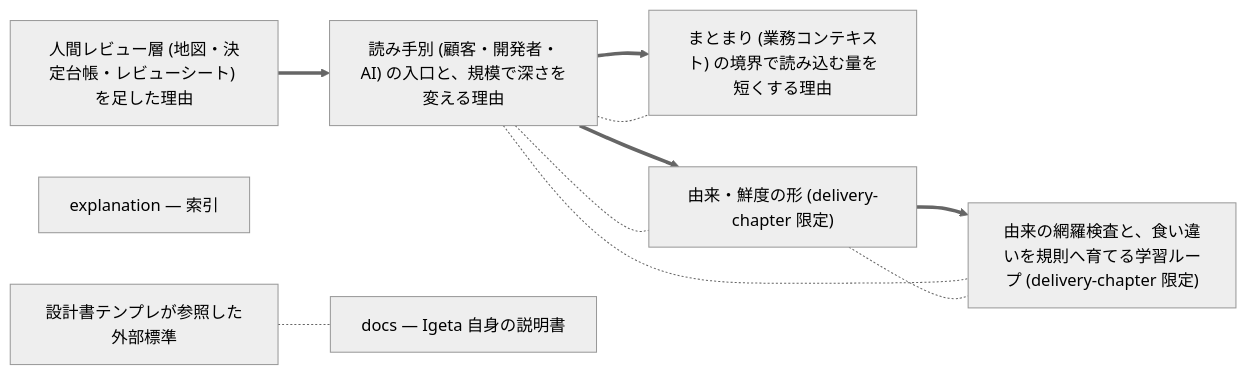
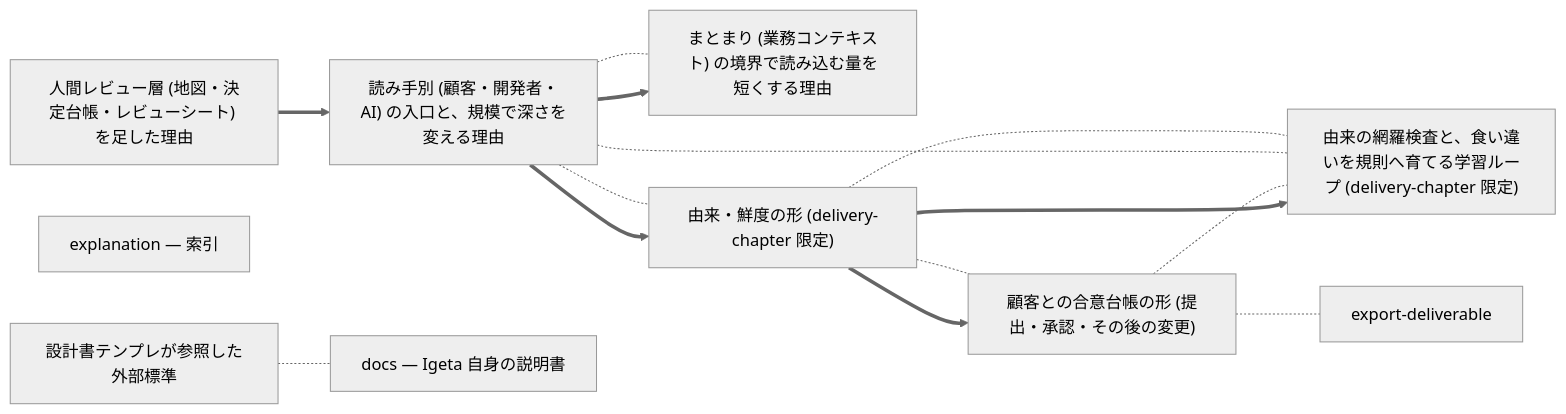
The diagram in docs/dependencies.md (SakakitaniJunya/Igeta), drawn with Mermaid (neutral theme) before and after one commit. The commit also changed other lines of this file and 22 other files, not shown here.

````diff
--- a/docs/dependencies.md
+++ b/docs/dependencies.md
@@ -12,39 +12,45 @@
 ```mermaid
 graph LR
   classDef standard fill:#fde68a,stroke:#92400e,color:#111
   classDef architecture fill:#bfdbfe,stroke:#1e3a8a,color:#111
   classDef strategy fill:#fbcfe8,stroke:#9d174d,color:#111
   classDef prd fill:#bbf7d0,stroke:#065f46,color:#111
   classDef business fill:#a7f3d0,stroke:#064e3b,color:#111
   classDef adr fill:#c7d2fe,stroke:#3730a3,color:#111
   classDef runbook fill:#fecaca,stroke:#7f1d1d,color:#111
   classDef guide fill:#e9d5ff,stroke:#581c87,color:#111
   classDef design fill:#ddd6fe,stroke:#6d28d9,color:#111
   classDef map fill:#fef3c7,stroke:#78350f,color:#111
   classDef decision_log fill:#fee2e2,stroke:#7f1d1d,color:#111
+  agreement-ledger["顧客との合意台帳の形 (提出・承認・その後の変更)"]
+  class agreement-ledger explanation
   audience-layers["読み手別 (顧客・開発者・AI) の入口と、規模で深さを変える理由"]
   class audience-layers explanation
   context-boundaries["まとまり (業務コンテキスト) の境界で読み込む量を短くする理由"]
   class context-boundaries explanation
   coverage-and-learning["由来の網羅検査と、食い違いを規則へ育てる学習ループ (delivery-chapter 限定)"]
   class coverage-and-learning explanation
   design-doc-standards["設計書テンプレが参照した外部標準"]
   class design-doc-standards explanation
   docs-index["docs — Igeta 自身の説明書"]
   class docs-index index
   explanation-index["explanation — 索引"]
   class explanation-index index
   human-review-layer["人間レビュー層 (地図・決定台帳・レビューシート) を足した理由"]
   class human-review-layer explanation
   provenance-and-agreement["由来・鮮度の形 (delivery-chapter 限定)"]
   class provenance-and-agreement explanation
+  provenance-and-agreement ==> agreement-ledger
   human-review-layer ==> audience-layers
   audience-layers ==> context-boundaries
   provenance-and-agreement ==> coverage-and-learning
   audience-layers ==> provenance-and-agreement
+  agreement-ledger -.- coverage-and-learning
+  agreement-ledger -.- export-deliverable
   audience-layers -.- provenance-and-agreement
   audience-layers -.- coverage-and-learning
   audience-layers -.- context-boundaries
   design-doc-standards -.- docs-index
   provenance-and-agreement -.- coverage-and-learning
+  provenance-and-agreement -.- agreement-ledger
 ```
````
